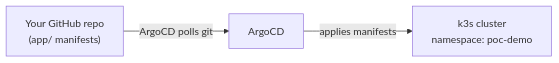
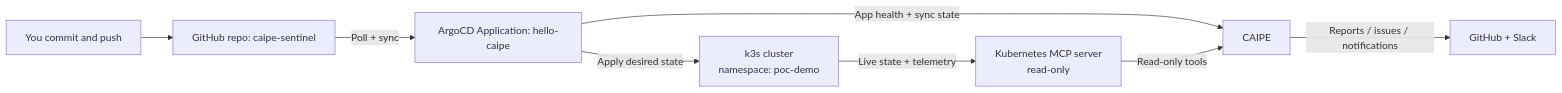
Before and after one commit to ponchotitlan/caipe-sentinel: the diagram in README.md, drawn with Mermaid. The commit also changed other lines of this file and 15 other files, not shown here.

````diff
--- a/README.md
+++ b/README.md
@@ -14,5 +14,10 @@
 ```mermaid
 flowchart LR
-  Git["Your GitHub repo\n(app/ manifests)"] -->|ArgoCD polls git| ArgoCD[ArgoCD]
-  ArgoCD -->|applies manifests| K8s["k3s cluster\nnamespace: poc-demo"]
+  Dev["You commit and push"] --> Repo["GitHub repo: caipe-sentinel"]
+  Repo -->|Poll + sync| ArgoCD["ArgoCD Application: hello-caipe"]
+  ArgoCD -->|Apply desired state| K8s["k3s cluster\nnamespace: poc-demo"]
+  K8s -->|Live state + telemetry| K8sMCP["Kubernetes MCP server\nread-only"]
+  ArgoCD -->|App health + sync state| CAIPE["CAIPE"]
+  K8sMCP -->|Read-only tools| CAIPE
+  CAIPE -->|Reports / issues / notifications| GitHubSlack["GitHub + Slack"]
 ```
````
